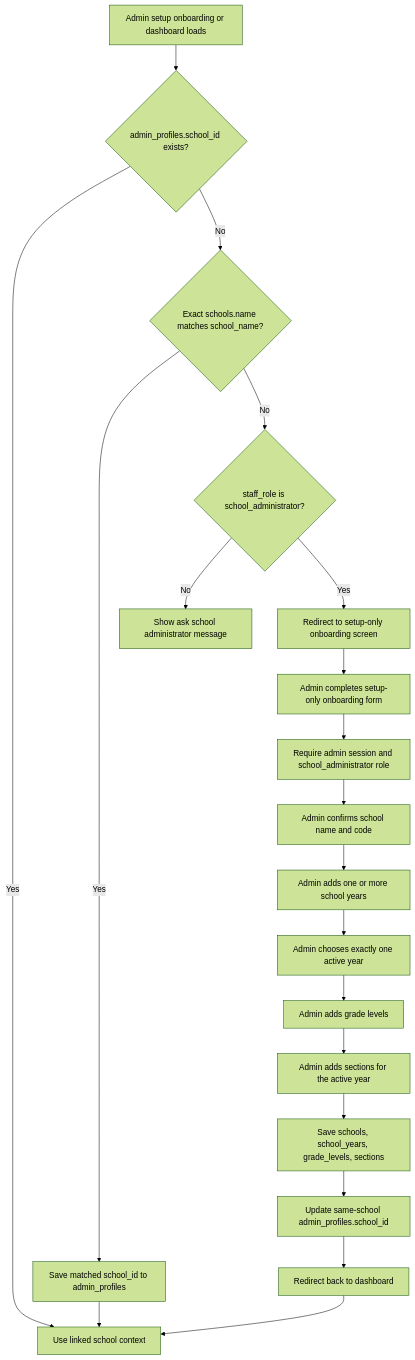
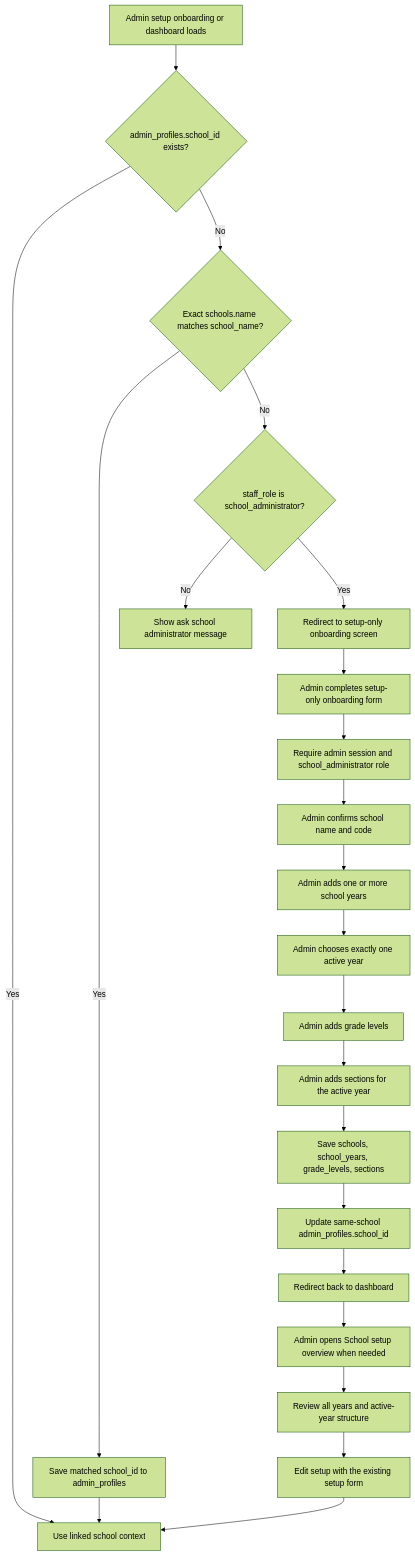
Before and after one commit to Xeyn19/xmetapay: the fourth of 17 diagrams in docs/PROJECT_FLOWCHARTS.md, drawn with Mermaid (forest theme). The commit also changed other lines of this file and 8 other files, not shown here.

````diff
--- a/docs/PROJECT_FLOWCHARTS.md
+++ b/docs/PROJECT_FLOWCHARTS.md
@@ -159,22 +159,25 @@
 ```mermaid
 flowchart TD
   A["Admin setup onboarding or dashboard loads"] --> B{"admin_profiles.school_id exists?"}
   B -->|Yes| C["Use linked school context"]
   B -->|No| D{"Exact schools.name matches school_name?"}
   D -->|Yes| E["Save matched school_id to admin_profiles"]
   E --> C
   D -->|No| F{"staff_role is school_administrator?"}
   F -->|No| G["Show ask school administrator message"]
   F -->|Yes| H["Redirect to setup-only onboarding screen"]
   H --> I["Admin completes setup-only onboarding form"]
   I --> J["Require admin session and school_administrator role"]
   J --> K["Admin confirms school name and code"]
   K --> L["Admin adds one or more school years"]
   L --> M["Admin chooses exactly one active year"]
   M --> N["Admin adds grade levels"]
   N --> O["Admin adds sections for the active year"]
   O --> P["Save schools, school_years, grade_levels, sections"]
   P --> Q["Update same-school admin_profiles.school_id"]
   Q --> R["Redirect back to dashboard"]
-  R --> C
+  R --> S["Admin opens School setup overview when needed"]
+  S --> T["Review all years and active-year structure"]
+  T --> U["Edit setup with the existing setup form"]
+  U --> C
 ```
````
